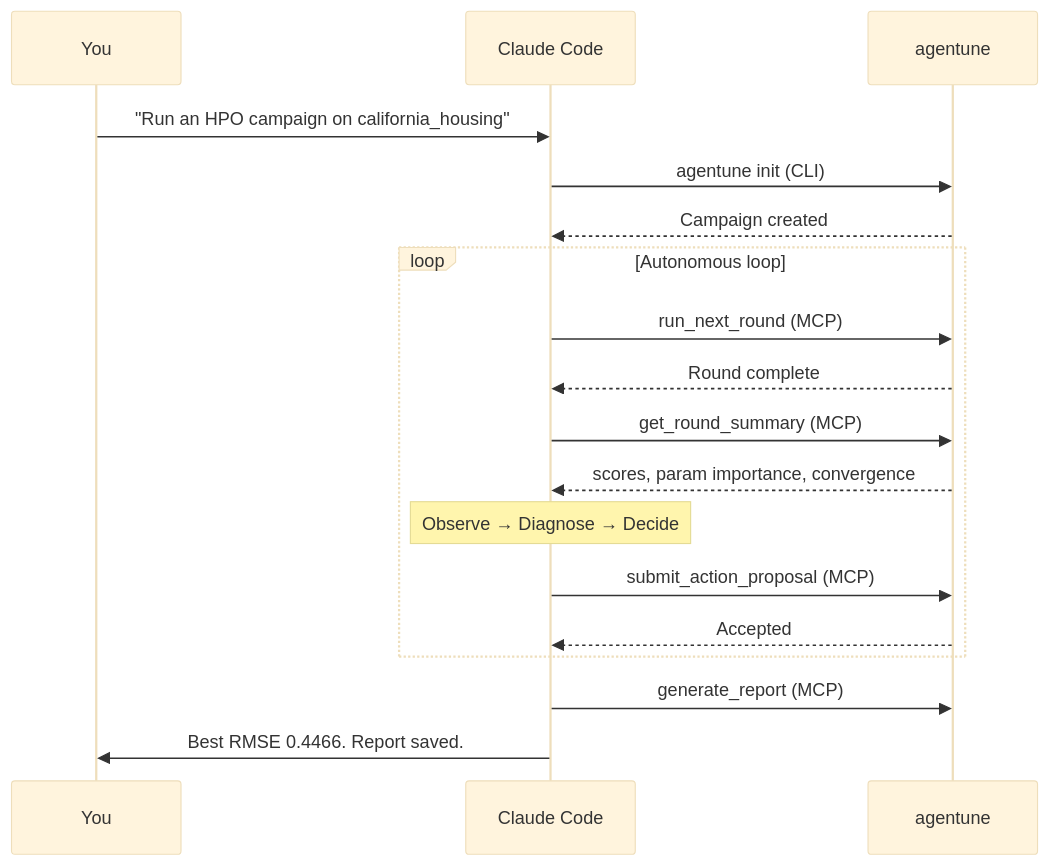
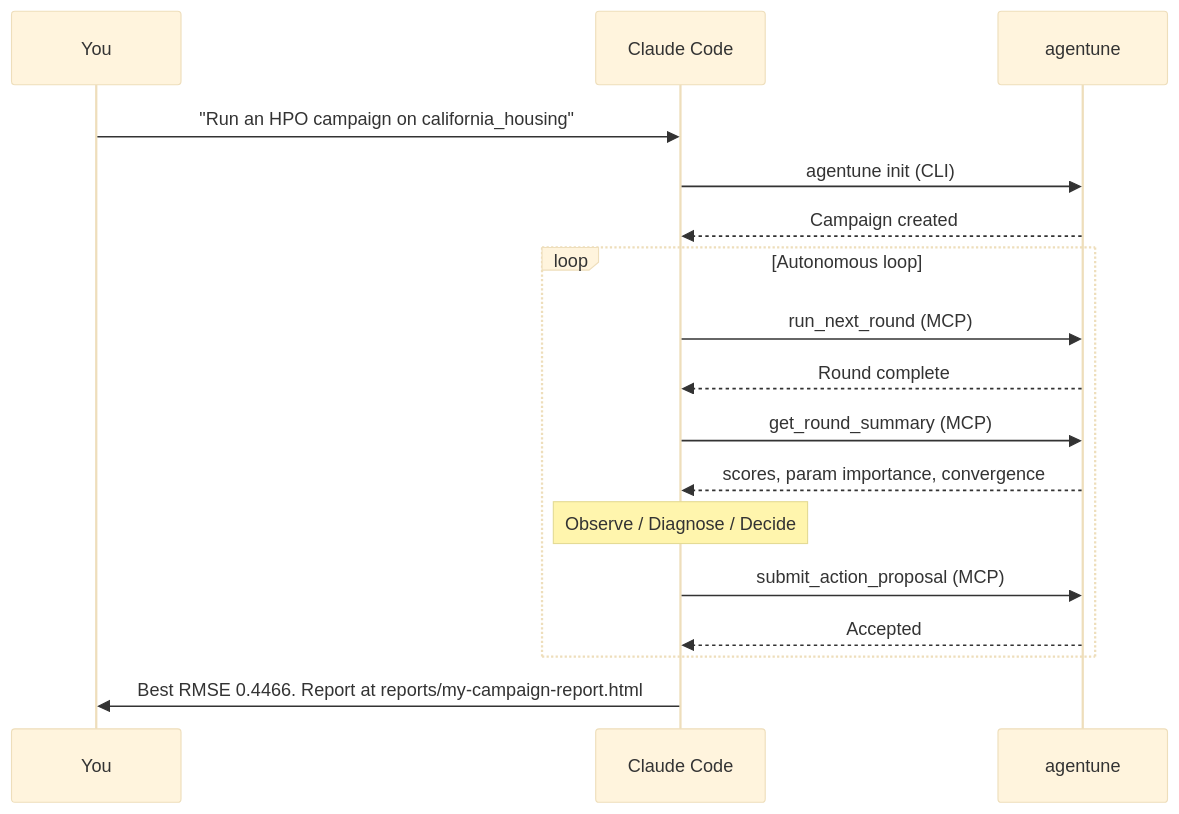
One commit to ccomkhj/agentune changed the first of 2 diagrams in README.md. Above: the diagram before and after it, drawn with Mermaid (base theme). The commit also changed other lines of this file and 28 other files, not shown here.

````diff
--- a/README.md
+++ b/README.md
@@ -20,27 +23,26 @@
 ```mermaid
 sequenceDiagram
     participant You
     participant Claude as Claude Code
     participant HPO as agentune
 
     You->>Claude: "Run an HPO campaign on california_housing"
 
     Claude->>HPO: agentune init (CLI)
     HPO-->>Claude: Campaign created
 
     loop Autonomous loop
         Claude->>HPO: run_next_round (MCP)
         HPO-->>Claude: Round complete
 
         Claude->>HPO: get_round_summary (MCP)
         HPO-->>Claude: scores, param importance, convergence
 
-        Note over Claude: Observe → Diagnose → Decide
+        Note over Claude: Observe / Diagnose / Decide
 
         Claude->>HPO: submit_action_proposal (MCP)
         HPO-->>Claude: Accepted
     end
 
-    Claude->>HPO: generate_report (MCP)
-    Claude->>You: Best RMSE 0.4466. Report saved.
+    Claude->>You: Best RMSE 0.4466. Report at reports/my-campaign-report.html
 ```
````
